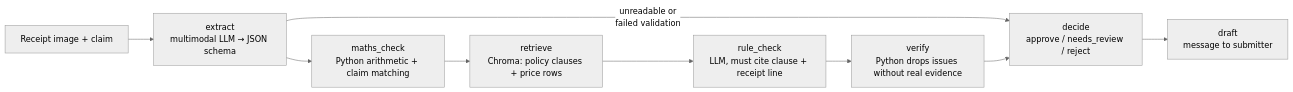
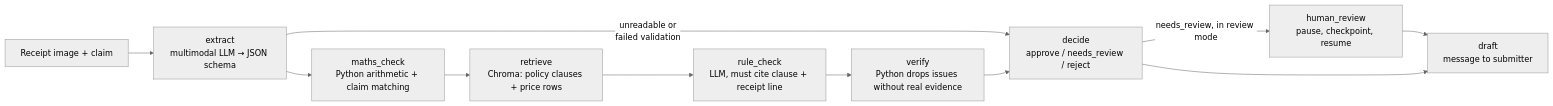
Before and after one commit to codedbygermaine/receipted: the diagram in README.md, drawn with Mermaid (neutral theme). The commit also changed other lines of this file and 6 other files, not shown here.

Commit message:
Human in the loop: pause needs_review claims with LangGraph interrupt + SQLite checkpoints, reviewer CLI to list and resume

````diff
--- a/README.md
+++ b/README.md
@@ -17,11 +17,13 @@
 ```mermaid
 flowchart LR
     A[Receipt image + claim] --> B[extract<br/>multimodal LLM → JSON schema]
     B -->|unreadable or<br/>failed validation| F
     B --> C[maths_check<br/>Python arithmetic + claim matching]
     C --> D[retrieve<br/>Chroma: policy clauses + price rows]
     D --> E[rule_check<br/>LLM, must cite clause + receipt line]
     E --> V[verify<br/>Python drops issues without real evidence]
     V --> F[decide<br/>approve / needs_review / reject]
+    F -->|needs_review, in review mode| H[human_review<br/>pause, checkpoint, resume]
+    H --> G
     F --> G[draft<br/>message to submitter]
 ```
````
